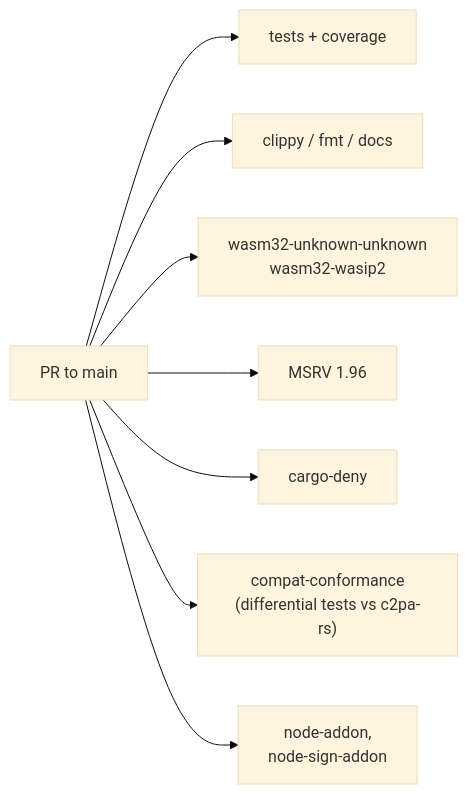
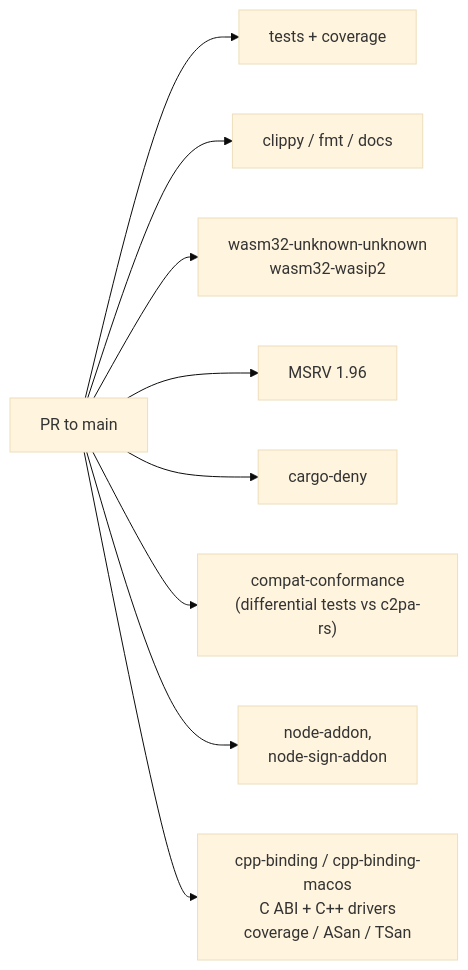
One commit to scouten/state-machine-experiment changed the second of 2 diagrams in docs/walkthrough/07-proof-and-ci.md. Above: the diagram before and after it, drawn with Mermaid (base theme). The commit also changed other lines of this file and 9 other files, not shown here.

````diff
--- a/docs/walkthrough/07-proof-and-ci.md
+++ b/docs/walkthrough/07-proof-and-ci.md
@@ -39,10 +42,11 @@
 ```mermaid
 flowchart LR
     PR[PR to main] --> T[tests + coverage]
     PR --> L["clippy / fmt / docs"]
     PR --> W["wasm32-unknown-unknown<br/>wasm32-wasip2"]
     PR --> M[MSRV 1.96]
     PR --> D[cargo-deny]
     PR --> C["compat-conformance<br/>(differential tests vs c2pa-rs)"]
     PR --> N["node-addon,<br/>node-sign-addon"]
+    PR --> CPP["cpp-binding / cpp-binding-macos<br/>C ABI + C++ drivers<br/>coverage / ASan / TSan"]
 ```
````
